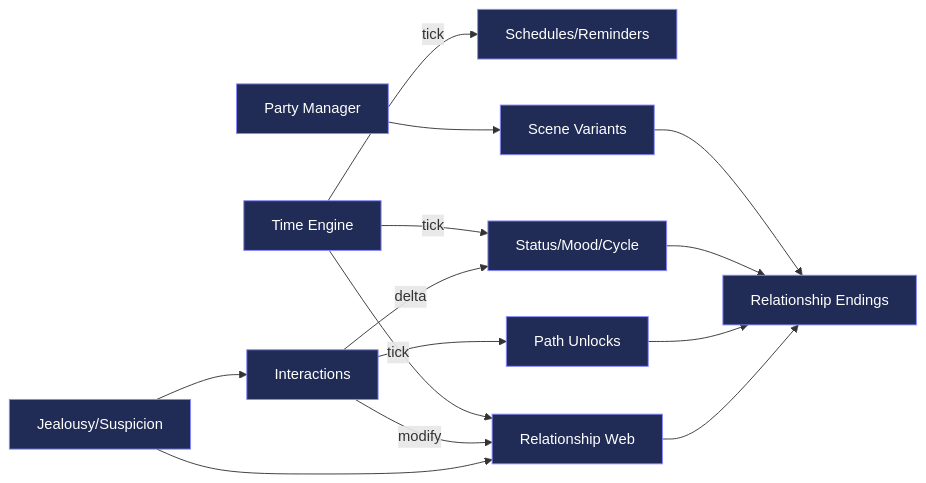
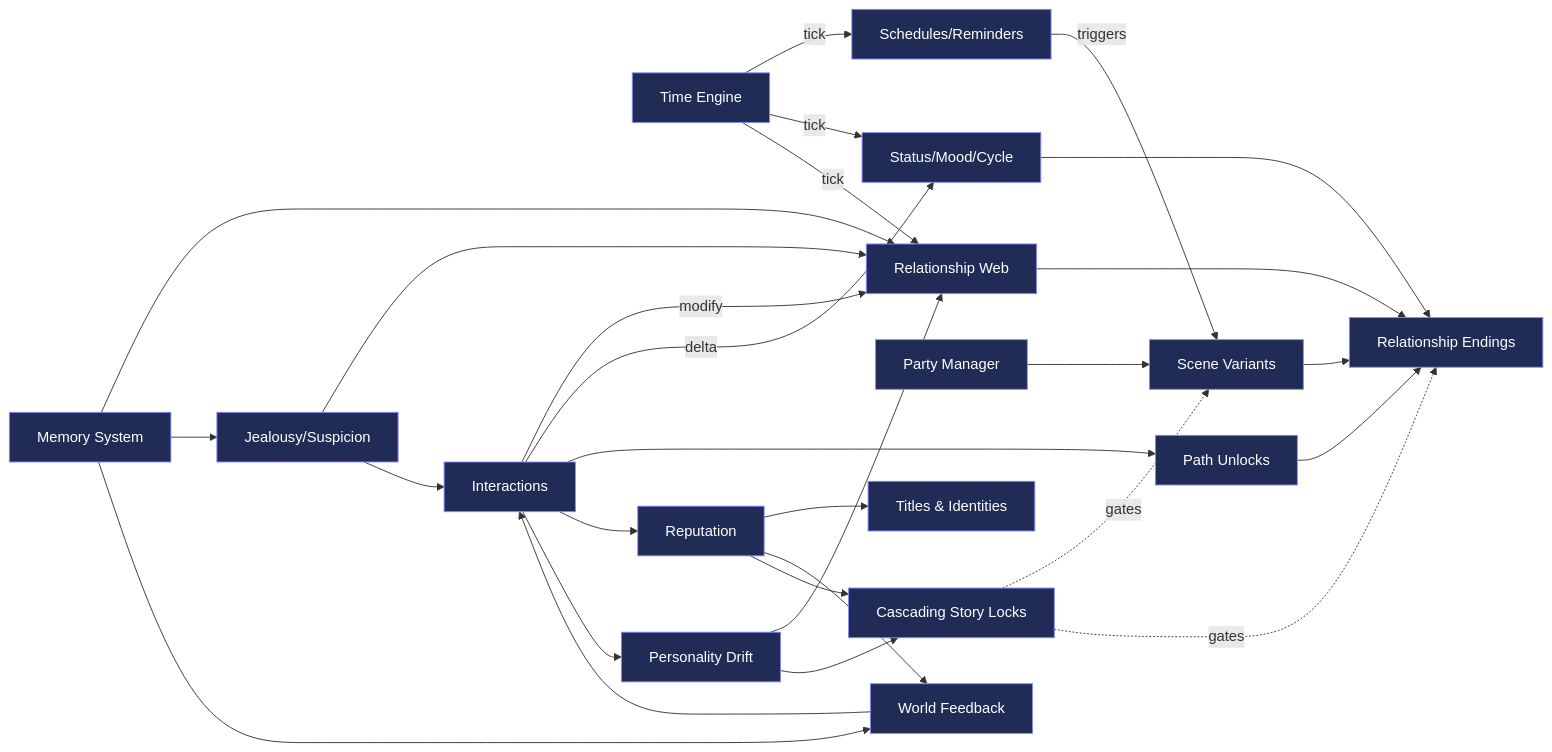
One commit to murraymint1991/woven-pulse changed the second of 3 diagrams in docs/ROADMAP.md. Above: the diagram before and after it, drawn with Mermaid.

````diff
--- a/docs/ROADMAP.md
+++ b/docs/ROADMAP.md
@@ -44,21 +44,48 @@
 ```mermaid
 flowchart LR
+    %% Core time-driven systems
     Time[Time Engine]:::sys -->|tick| Sched[Schedules/Reminders]:::sys
     Time -->|tick| Status[Status/Mood/Cycle]:::sys
     Time -->|tick| Rel[Relationship Web]:::sys
 
+    %% Interactions & outcomes
     Interact[Interactions]:::sys -->|modify| Rel
     Interact -->|delta| Status
     Interact --> Paths[Path Unlocks]:::sys
 
+    %% Jealousy/Suspicion loop
     Jealousy[Jealousy/Suspicion]:::sys --> Rel
     Jealousy --> Interact
 
+    %% Party & scenes
     Party[Party Manager]:::sys --> Scenes[Scene Variants]:::sys
+    Sched -->|triggers| Scenes
     Scenes --> Endings[Relationship Endings]:::sys
     Status --> Endings
-    Paths --> Endings
-    Rel --> Endings
+    Paths  --> Endings
+    Rel    --> Endings
 
-classDef sys fill:#202c55,stroke:#88f,stroke-width:1px,color:#fff;
+    %% Phase D — Identity & Consequence
+    Interact --> Rep[Reputation]:::sys
+    Interact --> Drift[Personality Drift]:::sys
+
+    Rep --> Titles[Titles & Identities]:::sys
+    Rep --> Feedback[World Feedback]:::sys
+    Rep --> Locks[Cascading Story Locks]:::sys
+
+    Drift --> Rel
+    Drift --> Locks
+
+    Memory[Memory System]:::sys --> Rel
+    Memory --> Jealousy
+    Memory --> Feedback
+
+    %% Locks gate content and outcomes
+    Locks -. gates .-> Scenes
+    Locks -. gates .-> Endings
+
+    %% World feedback influences future choices
+    Feedback --> Interact
+
+    classDef sys fill:#202c55,stroke:#88f,stroke-width:1px,color:#fff;
 ```
````
